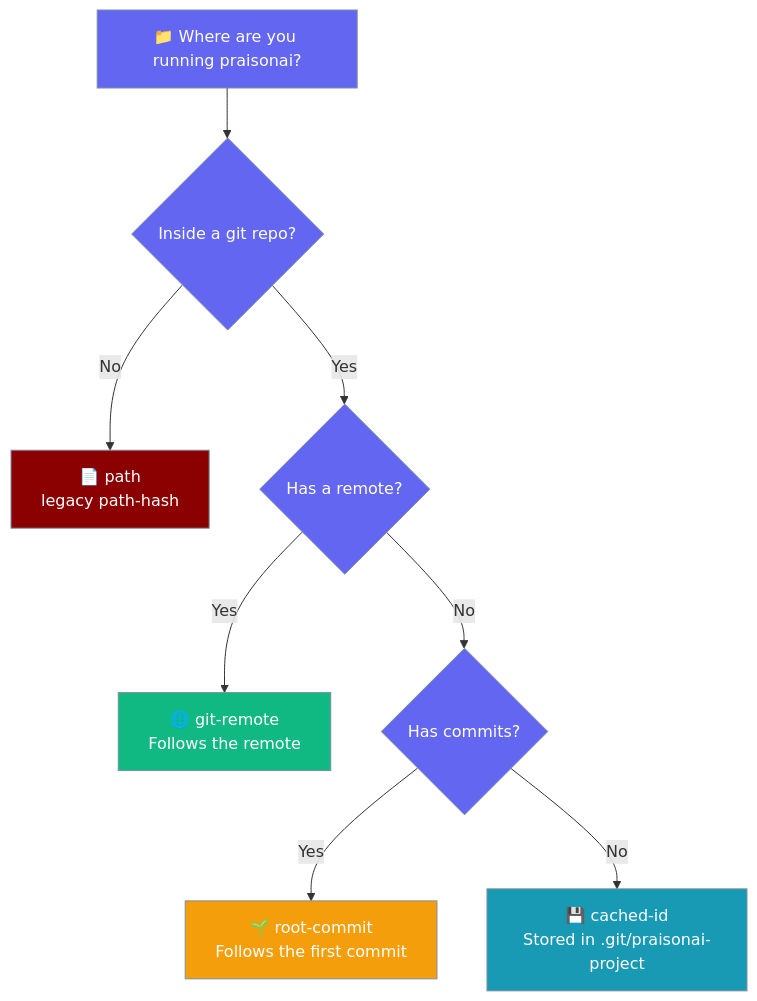
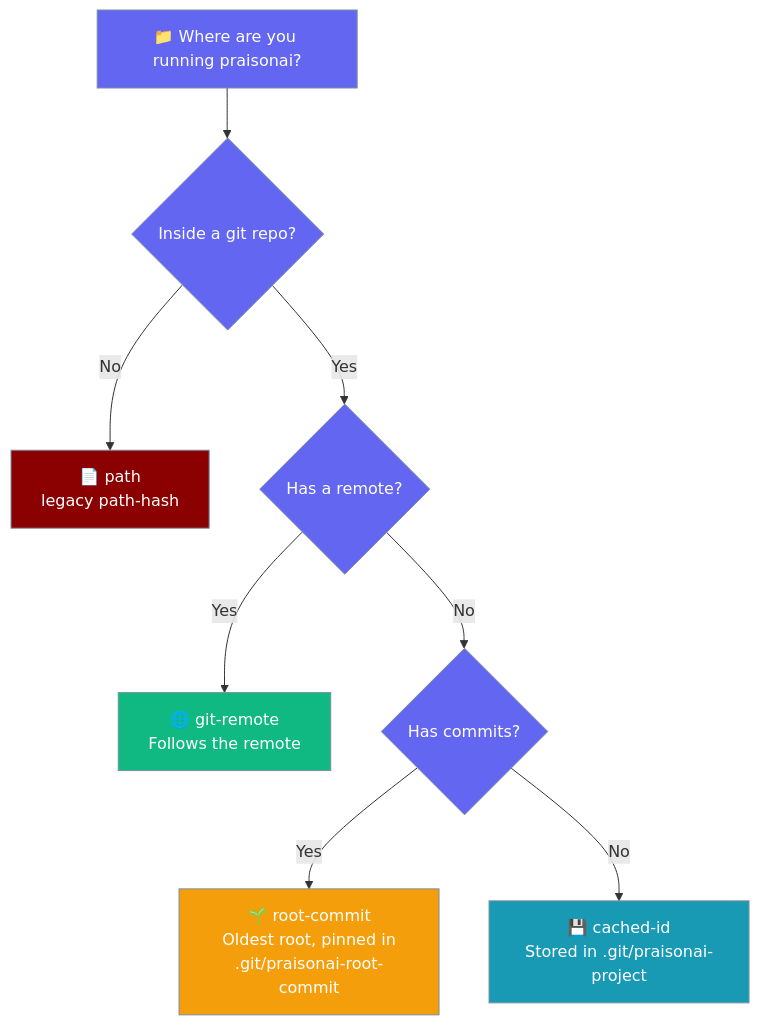
Before and after one commit to MervinPraison/PraisonAIDocs: the third of 4 diagrams in docs/features/project-sessions.mdx, drawn with Mermaid. The commit also changed other lines of this file, not shown here.

First line of the commit message:
docs: update Project Sessions for pinned root-commit identity (fixes #4028)

````diff
--- a/docs/features/project-sessions.mdx
+++ b/docs/features/project-sessions.mdx
@@ -129,22 +129,22 @@
 ```mermaid
 graph TB
     Start[📁 Where are you running praisonai?] --> InGit{Inside a git repo?}
     InGit -->|No| Path[📄 path<br/>legacy path-hash]
     InGit -->|Yes| Remote{Has a remote?}
     Remote -->|Yes| GitRemote[🌐 git-remote<br/>Follows the remote]
     Remote -->|No| Commits{Has commits?}
-    Commits -->|Yes| RootCommit[🌱 root-commit<br/>Follows the first commit]
+    Commits -->|Yes| RootCommit[🌱 root-commit<br/>Oldest root, pinned in<br/>.git/praisonai-root-commit]
     Commits -->|No| Cached[💾 cached-id<br/>Stored in .git/praisonai-project]
 
     classDef question fill:#6366F1,stroke:#7C90A0,color:#fff
     classDef primary fill:#10B981,stroke:#7C90A0,color:#fff
     classDef secondary fill:#F59E0B,stroke:#7C90A0,color:#fff
     classDef fallback fill:#189AB4,stroke:#7C90A0,color:#fff
     classDef legacy fill:#8B0000,stroke:#7C90A0,color:#fff
 
     class Start,InGit,Remote,Commits question
     class GitRemote primary
     class RootCommit secondary
     class Cached fallback
     class Path legacy
 ```
````
